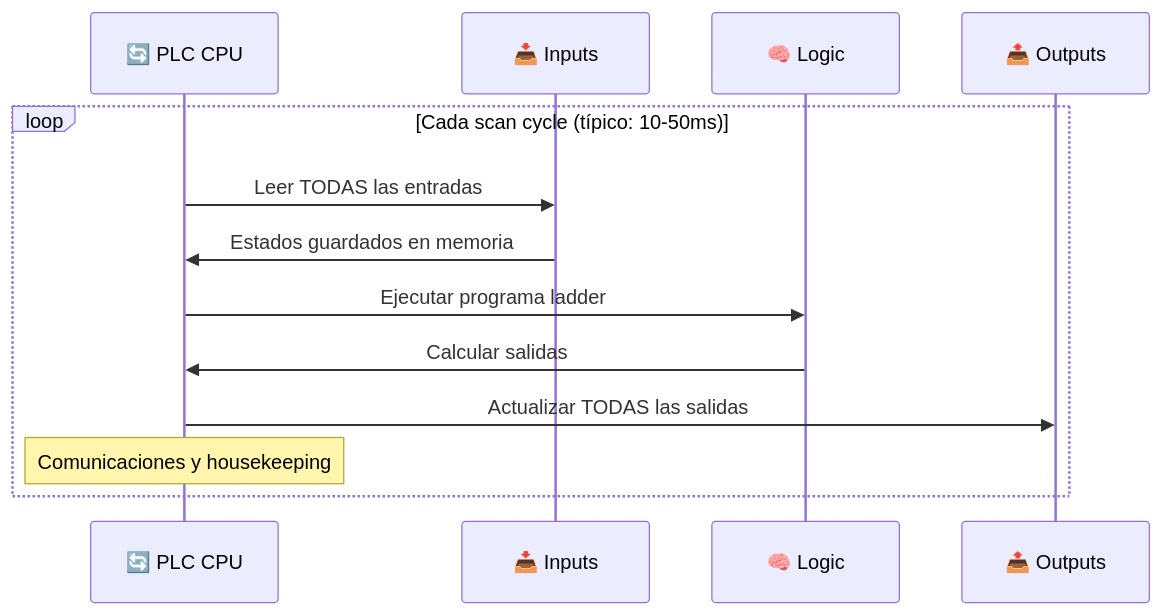
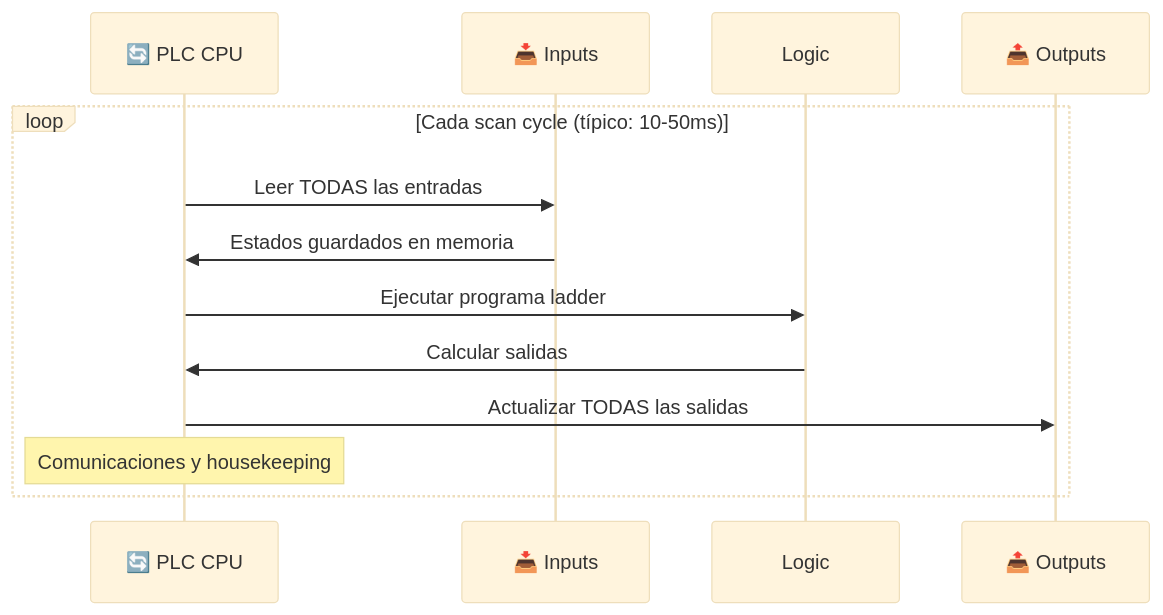
Before and after one commit to Ai-Whisperers/Courses-Content: the fourth of 12 diagrams in courses/🟡-development/FPUNA-2026/02-ELECTRONICA-AUTOMATIZACION/04-automatizacion-industrial.md, drawn with Mermaid. The commit also changed other lines of this file and 47 other files, not shown here.

First line of the commit message:
fix: Make all 473 diagrams WCAG AAA accessible (FPUNA-2026)

````diff
--- a/courses/🟡-development/FPUNA-2026/02-ELECTRONICA-AUTOMATIZACION/04-automatizacion-industrial.md
+++ b/courses/🟡-development/FPUNA-2026/02-ELECTRONICA-AUTOMATIZACION/04-automatizacion-industrial.md
@@ -142,16 +145,17 @@
 ```mermaid
+%%{init: {'theme':'base', 'themeVariables': {'fontSize':'18px'}}}%%
 sequenceDiagram
     participant PLC as 🔄 PLC CPU
     participant IN as 📥 Inputs
-    participant LOGIC as 🧠 Logic
+    participant LOGIC as Logic
     participant OUT as 📤 Outputs
     
     loop Cada scan cycle (típico: 10-50ms)
         PLC->>IN: Leer TODAS las entradas
         IN->>PLC: Estados guardados en memoria
         PLC->>LOGIC: Ejecutar programa ladder
         LOGIC->>PLC: Calcular salidas
         PLC->>OUT: Actualizar TODAS las salidas
         Note over PLC: Comunicaciones y housekeeping
     end
 ```
````
